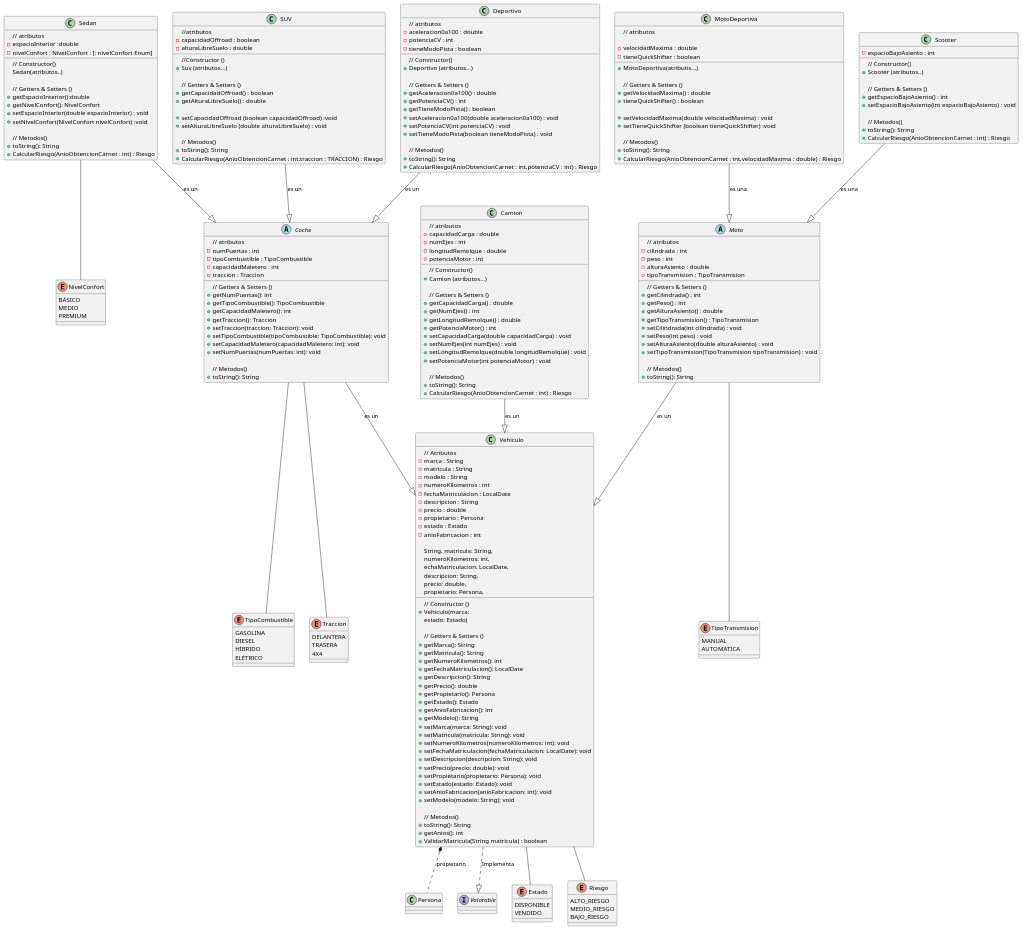
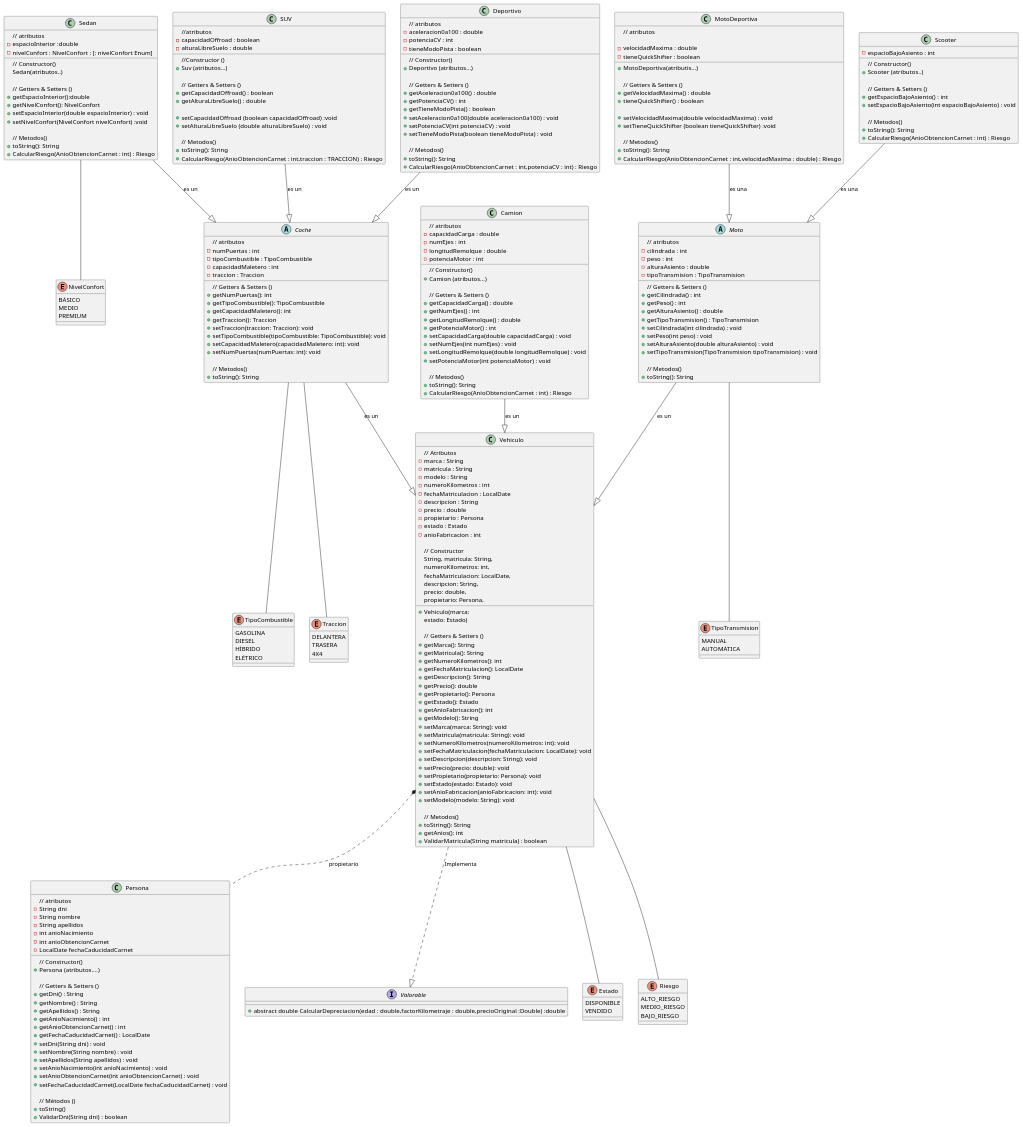
One commit to emgh7453/UT5_ED_Prog changed the diagram in uml/Diagrama.puml. Above: the diagram before and after it, drawn with PlantUML. The commit also changed 1 other file, not shown here.

Commit message:
Edicion de Persona y Valorable

```diff
--- a/uml/Diagrama.puml
+++ b/uml/Diagrama.puml
@@ -76,11 +76,11 @@
   - estado : Estado
   - anioFabricacion : int
 
-// Constructor ()
+// Constructor
   + Vehiculo(marca:
   String, matricula: String,
   numeroKilometros: int,
-  echaMatriculacion: LocalDate,
+  fechaMatriculacion: LocalDate,
   descripcion: String,
   precio: double,
   propietario: Persona,
@@ -276,4 +276,40 @@
  + toString(): String
  + CalcularRiesgo(AnioObtencionCarnet : int) : Riesgo
 }
+
+interface Valorable{
++ abstract double CalcularDepreciacion(edad : double,factorKilometraje : double,precioOriginal :Double) :double
+}
+
+class Persona{
+// atributos
+- String dni
+- String nombre
+- String apellidos
+- int anioNacimiento
+- int anioObtencionCarnet
+- LocalDate fechaCaducidadCarnet
+
+// Constructor()
++ Persona (atributos....)
+
+// Getters & Setters ()
++ getDni() : String
++ getNombre() : String
++ getApellidos() : String
++ getAnioNacimiento() : int
++ getAnioObtencionCarnet() : int
++ getFechaCaducidadCarnet() : LocalDate
++ setDni(String dni) : void
++ setNombre(String nombre) : void
++ setApellidos(String apellidos) : void
++ setAnioNacimiento(int anioNacimiento) : void
++ setAnioObtencionCarnet(int anioObtencionCarnet) : void
++ setFechaCaducidadCarnet(LocalDate fechaCaducidadCarnet) : void
+
+// Métodos ()
++ toString()
++ ValidarDni(String dni) : boolean
+
+}
 @enduml
```
